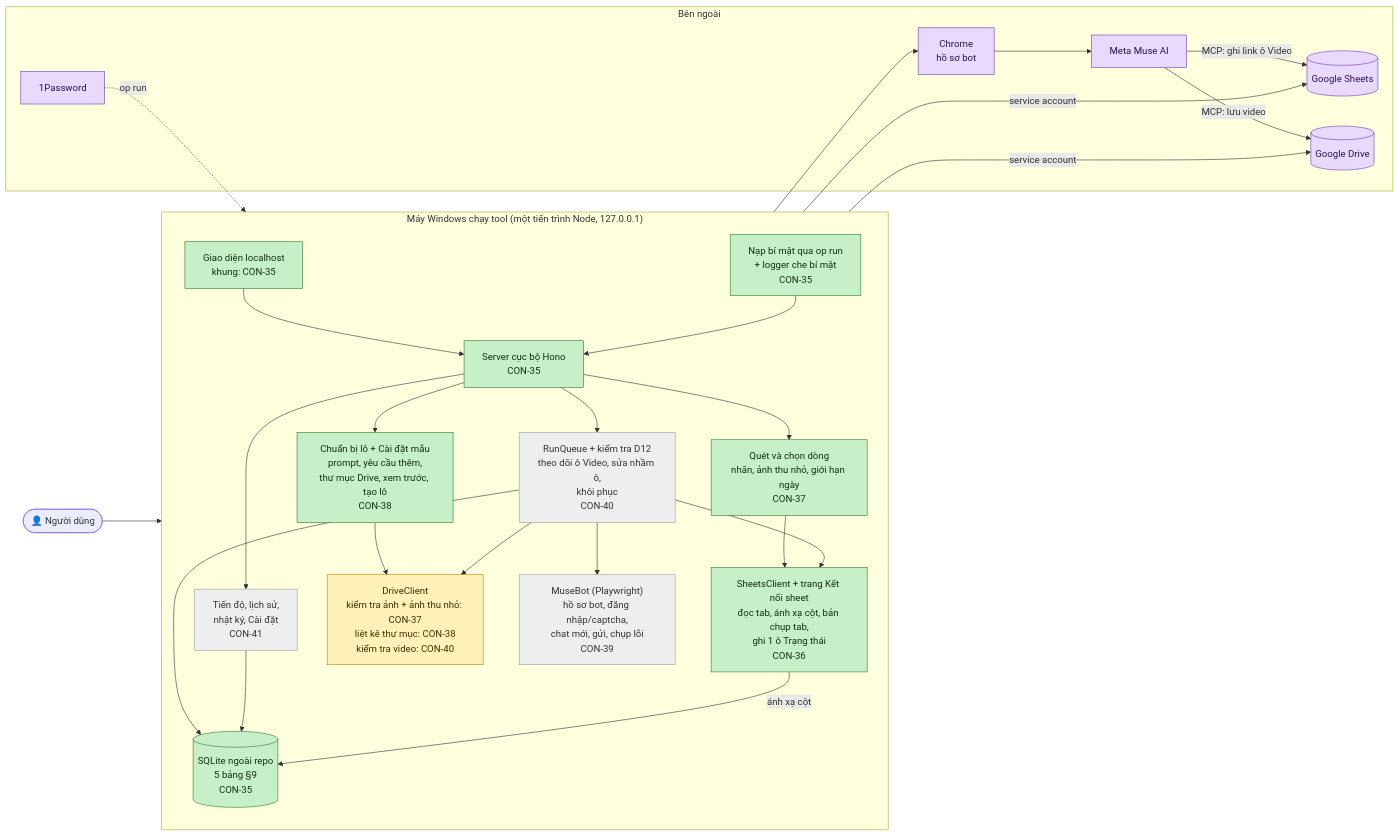
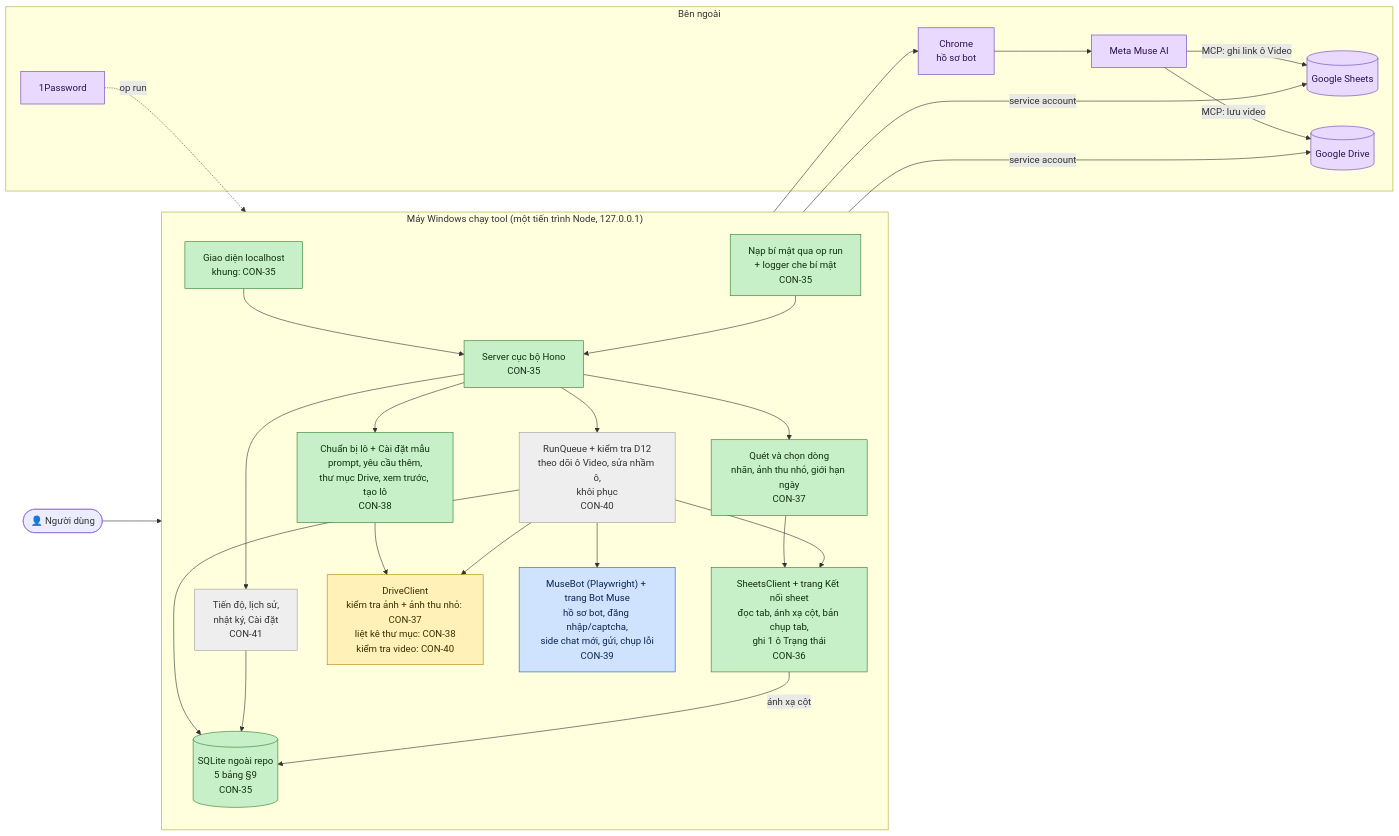
The diagram in TIEN-DO.md (Bach1711/MASYS-VIDEO-GENERATOR), drawn with Mermaid before and after one commit. The commit also changed other lines of this file and 13 other files, not shown here.

First line of the commit message:
feat(con-39): MuseBot — hồ sơ bot, nhận diện đăng nhập/captcha, side chat mới, gửi, chụp lỗi

````diff
--- a/TIEN-DO.md
+++ b/TIEN-DO.md
@@ -17,55 +17,56 @@
 ```mermaid
 flowchart LR
     user(["👤 Người dùng"])
 
     subgraph PC["Máy Windows chạy tool (một tiến trình Node, 127.0.0.1)"]
         direction TB
         ui["Giao diện localhost<br/>khung: CON-35"]
         server["Server cục bộ Hono<br/>CON-35"]
         secrets["Nạp bí mật qua op run<br/>+ logger che bí mật<br/>CON-35"]
         db[("SQLite ngoài repo<br/>5 bảng §9<br/>CON-35")]
 
         sheet["SheetsClient + trang Kết nối sheet<br/>đọc tab, ánh xạ cột, bản chụp tab,<br/>ghi 1 ô Trạng thái<br/>CON-36"]
         scan["Quét và chọn dòng<br/>nhãn, ảnh thu nhỏ, giới hạn ngày<br/>CON-37"]
         editor["Chuẩn bị lô + Cài đặt mẫu<br/>prompt, yêu cầu thêm,<br/>thư mục Drive, xem trước, tạo lô<br/>CON-38"]
-        bot["MuseBot (Playwright)<br/>hồ sơ bot, đăng nhập/captcha,<br/>chat mới, gửi, chụp lỗi<br/>CON-39"]
+        bot["MuseBot (Playwright) + trang Bot Muse<br/>hồ sơ bot, đăng nhập/captcha,<br/>side chat mới, gửi, chụp lỗi<br/>CON-39"]
         queue["RunQueue + kiểm tra D12<br/>theo dõi ô Video, sửa nhầm ô,<br/>khôi phục<br/>CON-40"]
         drive["DriveClient<br/>kiểm tra ảnh + ảnh thu nhỏ: CON-37<br/>liệt kê thư mục: CON-38<br/>kiểm tra video: CON-40"]
         progress["Tiến độ, lịch sử,<br/>nhật ký, Cài đặt<br/>CON-41"]
     end
 
     subgraph EXT["Bên ngoài"]
         gsheets[("Google Sheets")]
         gdrive[("Google Drive")]
         chrome["Chrome<br/>hồ sơ bot"]
         muse["Meta Muse AI"]
         op["1Password"]
     end
 
     user --> ui --> server
     server --> scan & editor & progress
     scan --> sheet
     editor --> drive
     server --> queue
     queue --> sheet & drive & bot
     queue --> db
     progress --> db
     sheet -- "ánh xạ cột" --> db
     sheet -- "service account" --> gsheets
     drive -- "service account" --> gdrive
     bot --> chrome --> muse
     muse -- "MCP: lưu video" --> gdrive
     muse -- "MCP: ghi link ô Video" --> gsheets
     op -. "op run" .-> secrets --> server
 
     classDef done fill:#c8f0c8,stroke:#2e7d32,color:#10300f
     classDef review fill:#cfe3ff,stroke:#1f5fbf,color:#0c2550
     classDef doing fill:#fff1b8,stroke:#b38600,color:#3d2e00
     classDef todo fill:#eeeeee,stroke:#9e9e9e,color:#333333
     classDef ext fill:#ead9ff,stroke:#6a3fb5,color:#2a1250
 
     class ui,server,secrets,db,sheet,scan,editor done
     class drive doing
-    class bot,queue,progress todo
+    class bot review
+    class queue,progress todo
     class gsheets,gdrive,chrome,muse,op ext
 ```
````
